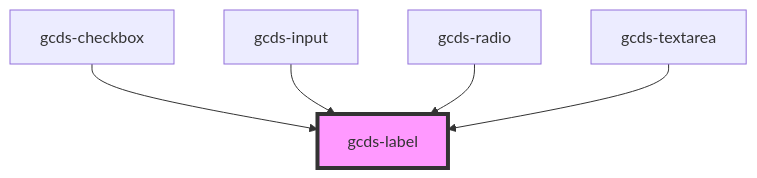
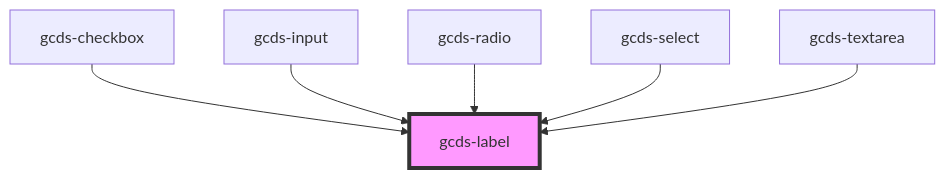
The diagram in src/components/gcds-label/readme.md (cds-snc/gcds-components), drawn with Mermaid before and after one commit. The commit also changed other lines of this file and 11 other files, not shown here.

Commit message:
add gcds-select component

````diff
--- a/src/components/gcds-label/readme.md
+++ b/src/components/gcds-label/readme.md
@@ -28,8 +29,9 @@
 ```mermaid
 graph TD;
   gcds-checkbox --> gcds-label
   gcds-input --> gcds-label
   gcds-radio --> gcds-label
+  gcds-select --> gcds-label
   gcds-textarea --> gcds-label
   style gcds-label fill:#f9f,stroke:#333,stroke-width:4px
 ```
````
